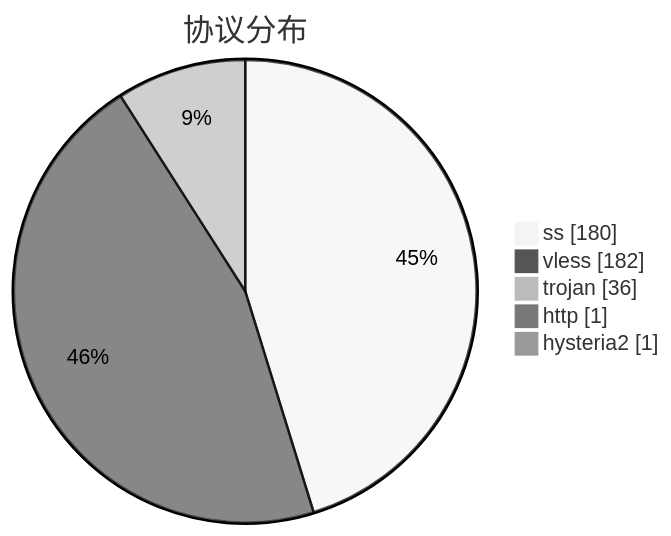
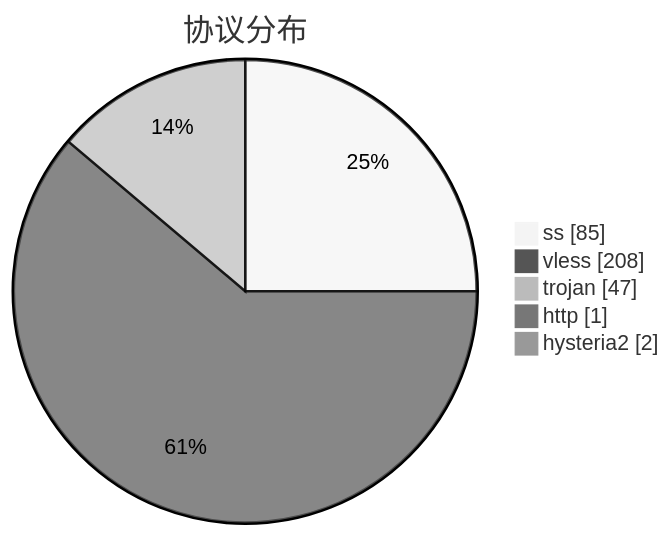
One commit to qjlxg/airport changed the third of 3 diagrams in subs/statistics/tested_within.md. Above: the diagram before and after it, drawn with Mermaid (neutral theme). The commit also changed other lines of this file and 2 other files, not shown here.

````diff
--- a/subs/statistics/tested_within.md
+++ b/subs/statistics/tested_within.md
@@ -19,9 +19,9 @@
 ```mermaid
 pie showData
 title 协议分布
-"ss" : 180
-"vless" : 182
-"trojan" : 36
+"ss" : 85
+"vless" : 208
+"trojan" : 47
 "http" : 1
-"hysteria2" : 1
+"hysteria2" : 2
 ```
````
